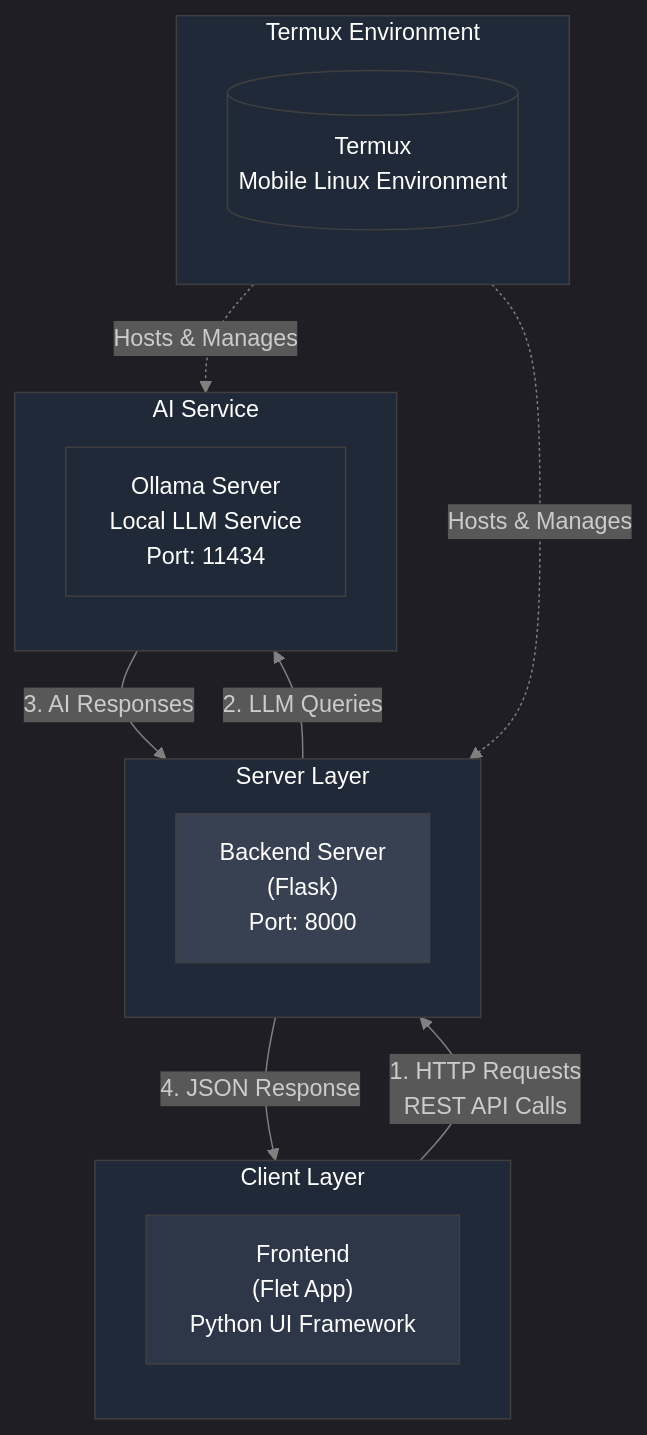
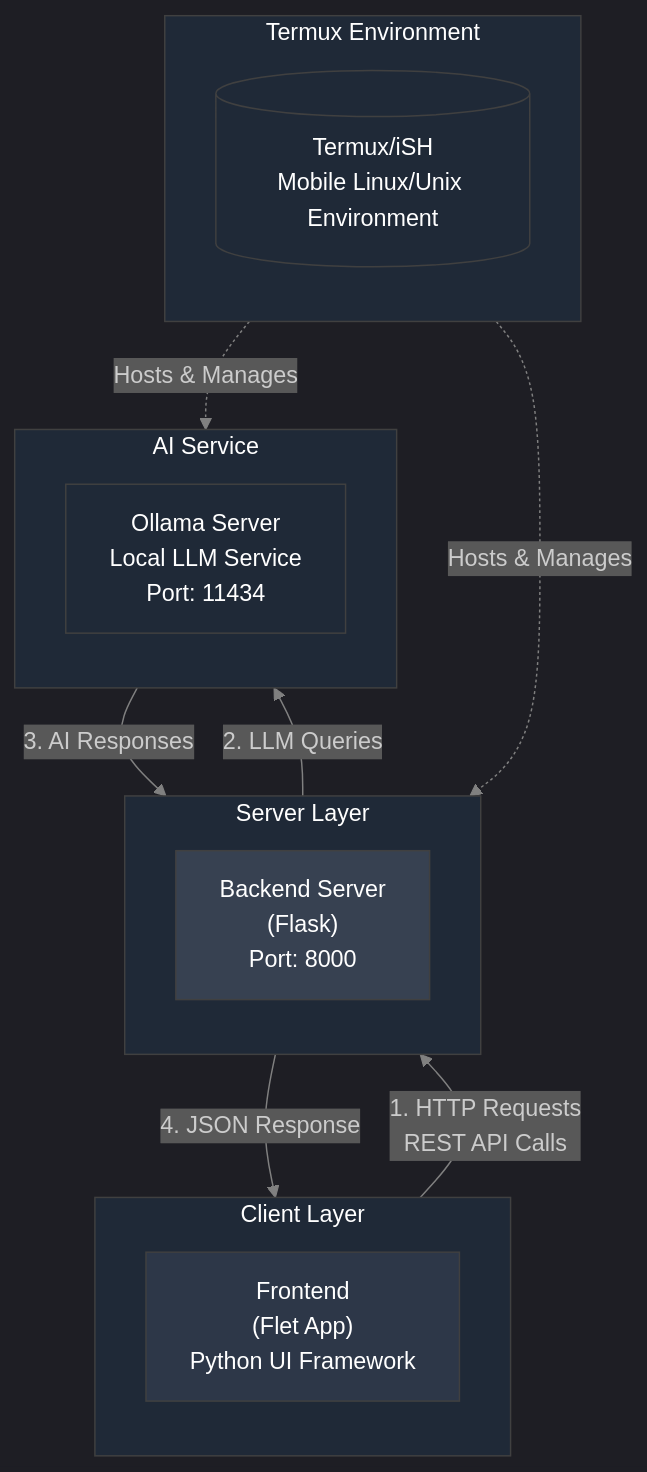
Before and after one commit to LTS-VVE/ReliaChat: the diagram in README.md, drawn with Mermaid.

````diff
--- a/README.md
+++ b/README.md
@@ -62,58 +62,58 @@
 ```mermaid
 %%{init: {
   'theme': 'dark',
   'themeVariables': {
     'fontFamily': 'arial',
     'fontSize': '16px',
     'lineColor': '#808080',
     'primaryColor': '#1f2937',
     'primaryTextColor': '#ffffff',
     'primaryBorderColor': '#404040',
     'secondaryColor': '#2d3748',
     'tertiaryColor': '#374151'
   }
 }}%%
 
 graph TD
     %% Define main components
     subgraph Termux[Termux Environment]
         direction TB
-        TermuxNode[("Termux<br/>Mobile Linux Environment")]
+        TermuxNode[("Termux/iSH<br/>Mobile Linux/Unix Environment")]
         style TermuxNode fill:#1f2937,stroke:#404040
     end
 
     subgraph Client[Client Layer]
         direction TB
         FrontendNode["Frontend<br/>(Flet App)<br/>Python UI Framework"]
         style FrontendNode fill:#2d3748,stroke:#404040
     end
 
     subgraph Server[Server Layer]
         direction TB
         BackendNode["Backend Server<br/>(Flask)<br/>Port: 8000"]
         style BackendNode fill:#374151,stroke:#404040
     end
 
     subgraph AI[AI Service]
         direction TB
         OllamaNode["Ollama Server<br/>Local LLM Service<br/>Port: 11434"]
         style OllamaNode fill:#1f2937,stroke:#404040
     end
 
     %% Define relationships with detailed labels
     FrontendNode -->|"1. HTTP Requests<br/>REST API Calls"| BackendNode
     BackendNode -->|"2. LLM Queries"| OllamaNode
     OllamaNode -->|"3. AI Responses"| BackendNode
     BackendNode -->|"4. JSON Response"| FrontendNode
     
     %% Hosting relationships
     TermuxNode -.->|"Hosts & Manages"| BackendNode
     TermuxNode -.->|"Hosts & Manages"| OllamaNode
 
     %% Styling
     classDef default fill:#2d3748,stroke:#404040,color:#fff
     classDef container fill:#1f2937,stroke:#404040,color:#fff
     
     %% Apply container styling to subgraphs
     class Termux,Client,Server,AI container
 ```
````
